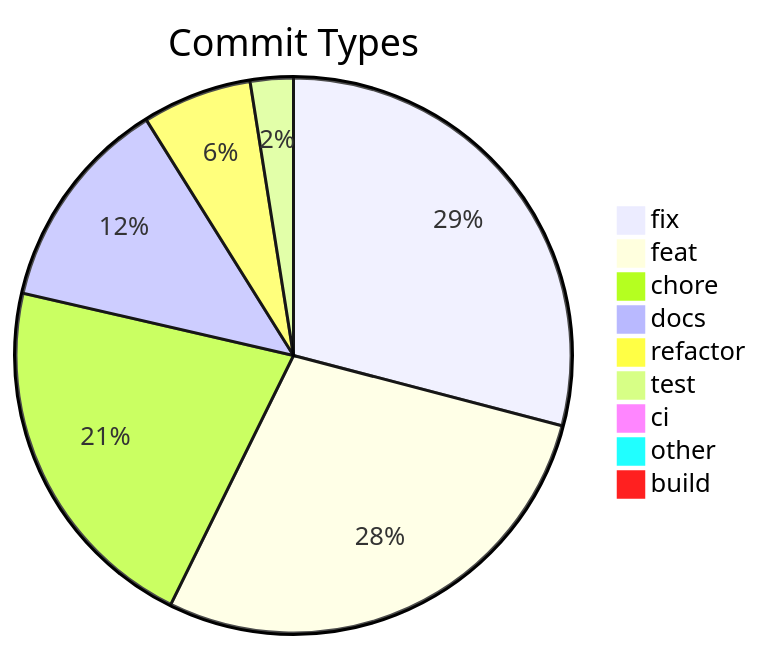
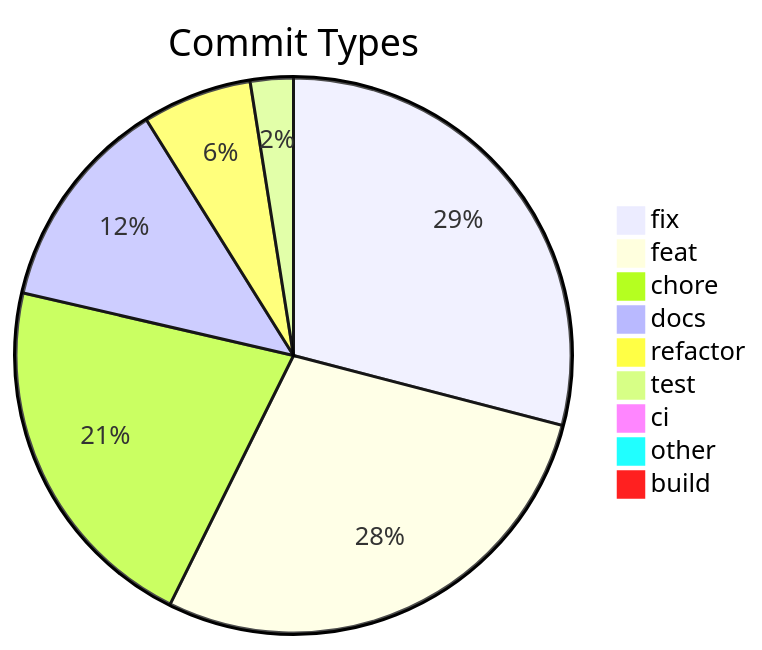
One commit to svenroth-ai/shipwright changed the diagram in .shipwright/compliance/change-history.md. Above: the diagram before and after it, drawn with Mermaid. The commit also changed other lines of this file and 41 other files, not shown here.

````diff
--- a/.shipwright/compliance/change-history.md
+++ b/.shipwright/compliance/change-history.md
@@ -8,12 +8,12 @@
 ```mermaid
 pie title Commit Types
     "fix" : 337
-    "feat" : 327
+    "feat" : 328
     "chore" : 247
     "docs" : 145
     "refactor" : 74
     "test" : 29
     "ci" : 11
     "other" : 9
     "build" : 1
 ```
````
